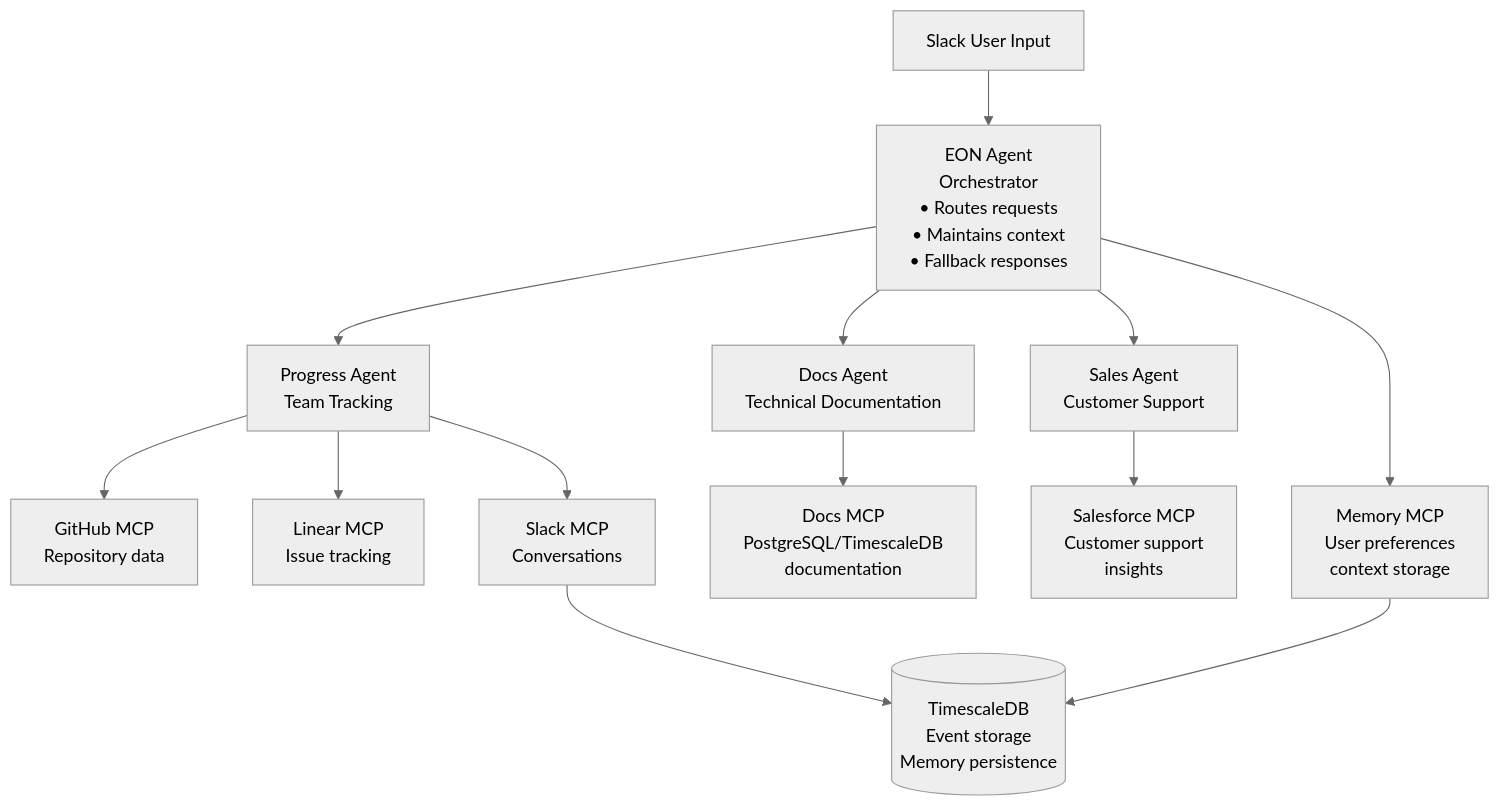
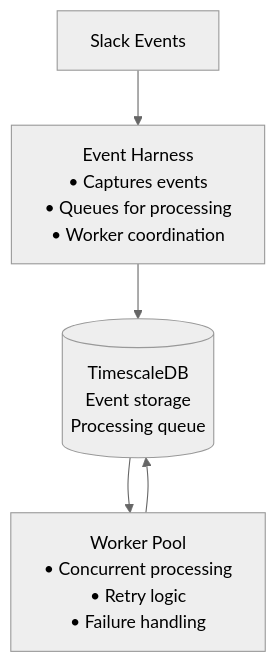
Before and after one commit to timescale/tiger-agents-for-work: the diagram in README.md, drawn with Mermaid (neutral theme). The commit also changed other lines of this file and 2 other files, not shown here.

````diff
--- a/README.md
+++ b/README.md
@@ -9,42 +9,18 @@
 ```mermaid
 graph TB
     %% User Input
-    U[Slack User Input]
+    U[Slack Events]
 
-    %% Main Orchestrator
-    E[EON Agent<br/>Orchestrator<br/>• Routes requests<br/>• Maintains context<br/>• Fallback responses]
-
-    %% Specialized Agents
-    P[Progress Agent<br/>Team Tracking]
-    D[Docs Agent<br/>Technical Documentation]
-    S[Sales Agent<br/>Customer Support]
-
-    %% MCP Services
-    GH[GitHub MCP<br/>Repository data]
-    LIN[Linear MCP<br/>Issue tracking]
-    SL[Slack MCP<br/>Conversations]
-    DOC[Docs MCP<br/>PostgreSQL/TimescaleDB<br/>documentation]
-    SF[Salesforce MCP<br/>Customer support<br/>insights]
-    MEM[Memory MCP<br/>User preferences<br/>context storage]
+    %% Event Processing
+    H[Event Harness<br/>• Captures events<br/>• Queues for processing<br/>• Worker coordination]
+    W[Worker Pool<br/>• Concurrent processing<br/>• Retry logic<br/>• Failure handling]
 
     %% Database
-    DB[(TimescaleDB<br/>Event storage<br/>Memory persistence)]
+    DB[(TimescaleDB<br/>Event storage<br/>Processing queue)]
 
     %% Flow
-    U --> E
-    E --> P
-    E --> D
-    E --> S
-
-    P --> GH
-    P --> LIN
-    P --> SL
-
-    D --> DOC
-
-    S --> SF
-
-    E --> MEM
-    MEM --> DB
-    SL --> DB
+    U --> H
+    H --> DB
+    DB --> W
+    W --> DB
 ```
````
